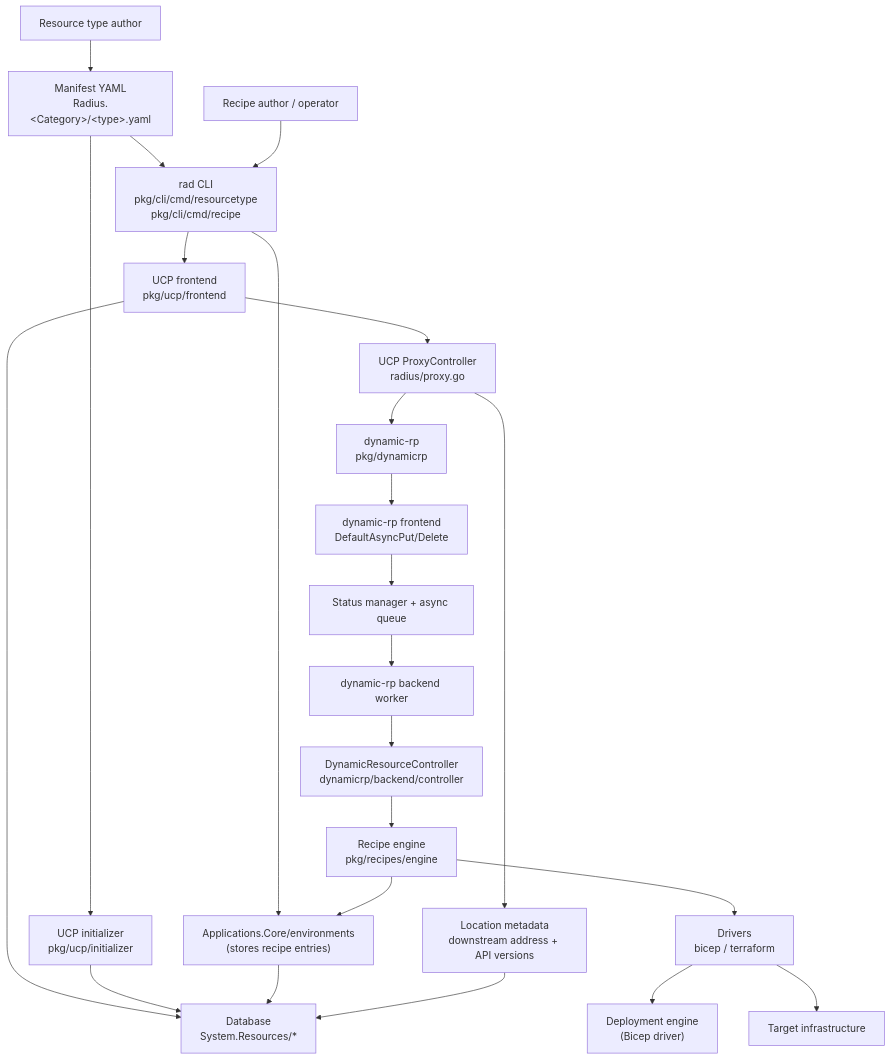
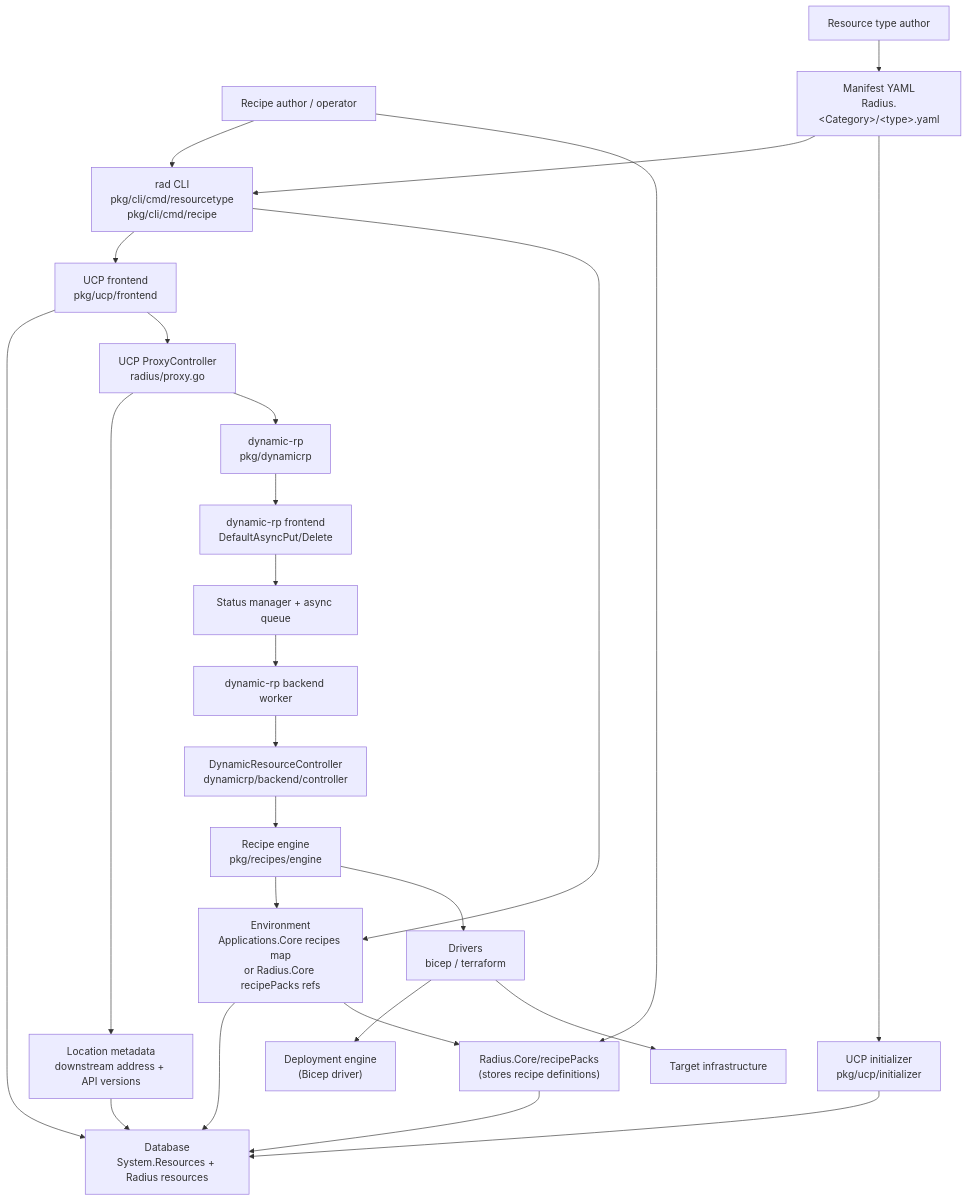
One commit to radius-project/radius changed the first of 4 diagrams in docs/architecture/extensibility.md. Above: the diagram before and after it, drawn with Mermaid. The commit also changed other lines of this file, not shown here.

````diff
--- a/docs/architecture/extensibility.md
+++ b/docs/architecture/extensibility.md
@@ -18,46 +20,50 @@
 ```mermaid
 graph TD
   Author[Resource type author]
   RecipeAuthor[Recipe author / operator]
   CLI["rad CLI<br/>pkg/cli/cmd/resourcetype<br/>pkg/cli/cmd/recipe"]
   Manifest["Manifest YAML<br/>Radius.&lt;Category&gt;/&lt;type&gt;.yaml"]
   Initializer["UCP initializer<br/>pkg/ucp/initializer"]
   UCP["UCP frontend<br/>pkg/ucp/frontend"]
-  DB["Database<br/>System.Resources/*"]
-  Env["Applications.Core/environments<br/>(stores recipe entries)"]
+  DB["Database<br/>System.Resources + Radius resources"]
+  Env["Environment<br/>Applications.Core recipes map<br/>or Radius.Core recipePacks refs"]
+  RecipePack["Radius.Core/recipePacks<br/>(stores recipe definitions)"]
   Proxy["UCP ProxyController<br/>radius/proxy.go"]
   Location["Location metadata<br/>downstream address + API versions"]
   DynRP["dynamic-rp<br/>pkg/dynamicrp"]
   DynFrontend["dynamic-rp frontend<br/>DefaultAsyncPut/Delete"]
   Queue["Status manager + async queue"]
   Worker["dynamic-rp backend worker"]
   DynCtrl["DynamicResourceController<br/>dynamicrp/backend/controller"]
   Engine["Recipe engine<br/>pkg/recipes/engine"]
   Drivers["Drivers<br/>bicep / terraform"]
   DeploymentEngine["Deployment engine<br/>(Bicep driver)"]
   Infra[Target infrastructure]
 
   Author --> Manifest
   Manifest --> CLI
   Manifest --> Initializer
   CLI --> UCP
   UCP --> DB
   Initializer --> DB
   RecipeAuthor --> CLI
   CLI --> Env
   Env --> DB
+  RecipeAuthor --> RecipePack
+  RecipePack --> DB
+  Env --> RecipePack
 
   UCP --> Proxy
   Proxy --> Location
   Location --> DB
   Proxy --> DynRP
   DynRP --> DynFrontend
   DynFrontend --> Queue
   Queue --> Worker
   Worker --> DynCtrl
   DynCtrl --> Engine
   Engine --> Env
   Engine --> Drivers
   Drivers --> DeploymentEngine
   Drivers --> Infra
 ```
````
